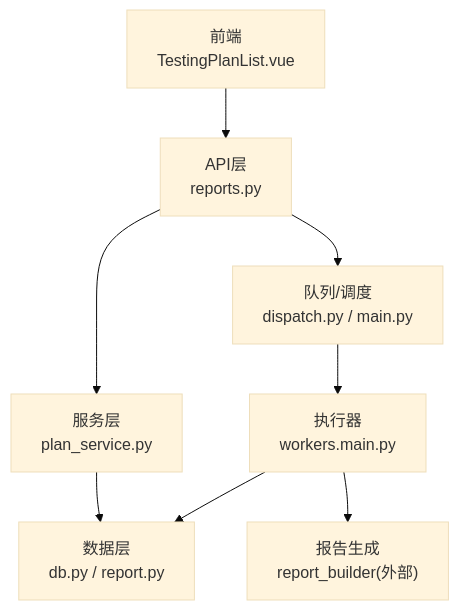
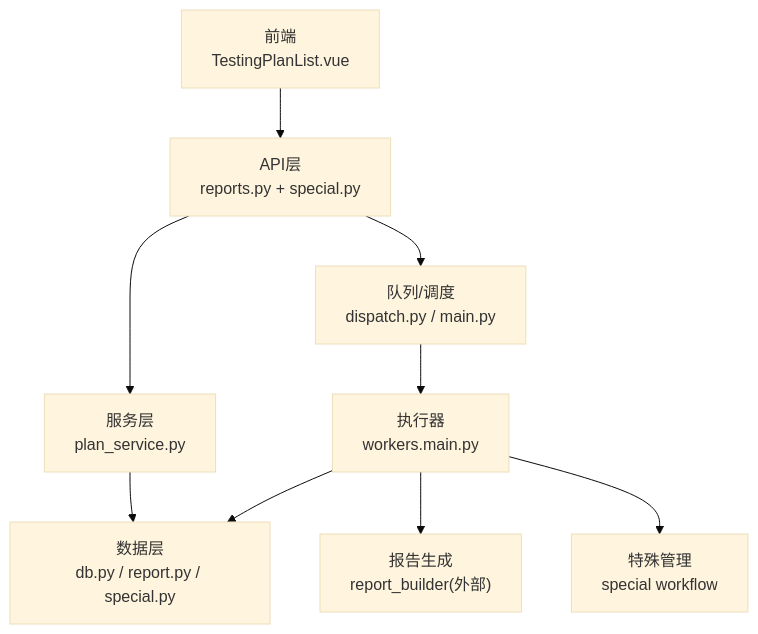
One commit to vu1Art1st/talos changed the first of 7 diagrams in .qoder/repowiki/zh/content/业务服务层/测试计划服务.md. Above: the diagram before and after it, drawn with Mermaid (base theme). The commit also changed other lines of this file and 129 other files, not shown here.

````diff
--- a/.qoder/repowiki/zh/content/业务服务层/测试计划服务.md
+++ b/.qoder/repowiki/zh/content/业务服务层/测试计划服务.md
@@ -40,10 +52,11 @@
 ```mermaid
 graph TB
-FE["前端<br/>TestingPlanList.vue"] --> API["API层<br/>reports.py"]
+FE["前端<br/>TestingPlanList.vue"] --> API["API层<br/>reports.py + special.py"]
 API --> SVC["服务层<br/>plan_service.py"]
-SVC --> DB["数据层<br/>db.py / report.py"]
+SVC --> DB["数据层<br/>db.py / report.py / special.py"]
 API --> Q["队列/调度<br/>dispatch.py / main.py"]
 Q --> EXE["执行器<br/>workers.main.py"]
 EXE --> DB
 EXE --> RPT["报告生成<br/>report_builder(外部)"]
+EXE --> SM["特殊管理<br/>special workflow"]
 ```
````
